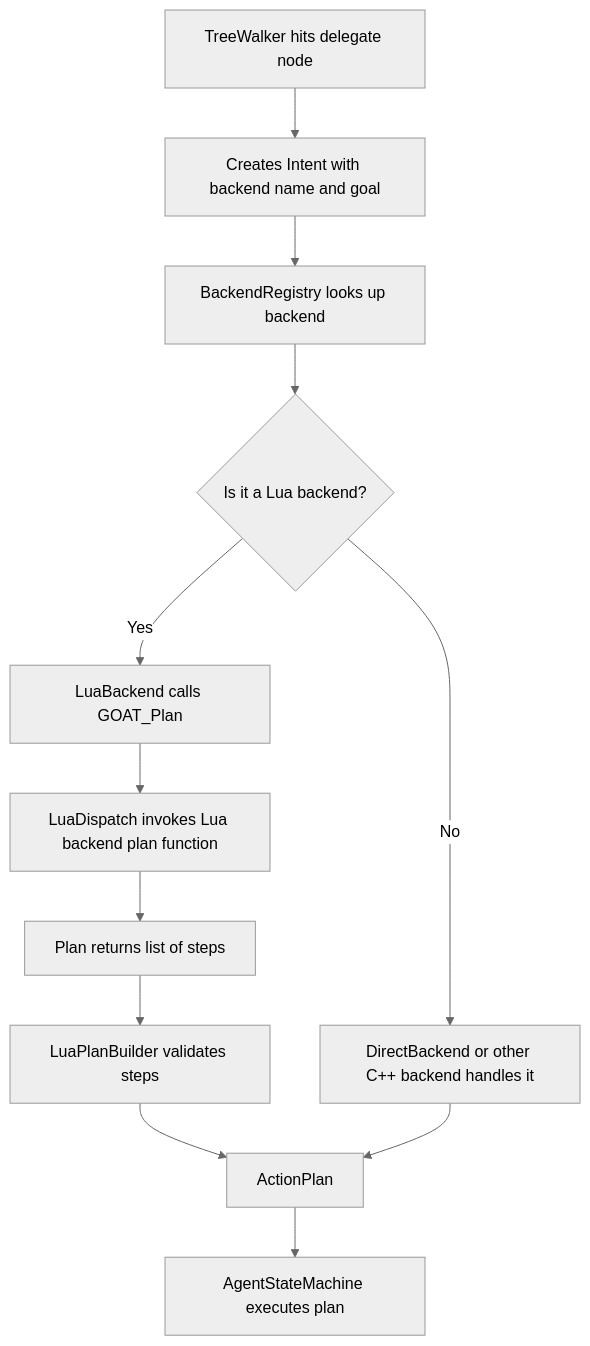
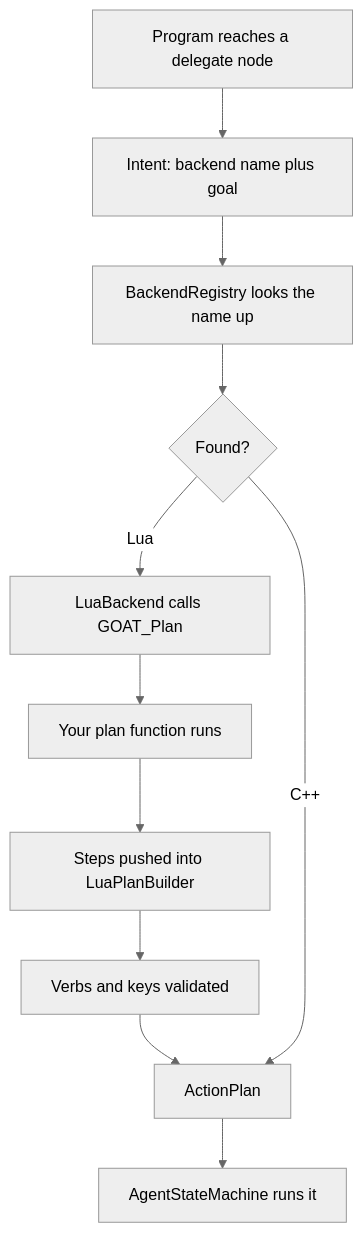
Before and after one commit to jabbadablack/G.O.A.T: the diagram in Docs/03 - Lua API/Backends.md, drawn with Mermaid (neutral theme). The commit also changed other lines of this file and 1 other file, not shown here.

````diff
--- a/Docs/03 - Lua API/Backends.md
+++ b/Docs/03 - Lua API/Backends.md
@@ -100,14 +127,13 @@
 ```mermaid
 flowchart TD
-    A[TreeWalker hits delegate node] --> B[Creates Intent with backend name and goal]
-    B --> C[BackendRegistry looks up backend]
-    C --> D{Is it a Lua backend?}
-    D -->|Yes| E[LuaBackend calls GOAT_Plan]
-    E --> F[LuaDispatch invokes Lua backend plan function]
-    F --> G[Plan returns list of steps]
-    G --> H[LuaPlanBuilder validates steps]
+    A[Program reaches a delegate node] --> B[Intent: backend name plus goal]
+    B --> C[BackendRegistry looks the name up]
+    C --> D{Found?}
+    D -->|Lua| E[LuaBackend calls GOAT_Plan]
+    E --> F[Your plan function runs]
+    F --> G[Steps pushed into LuaPlanBuilder]
+    G --> H[Verbs and keys validated]
     H --> I[ActionPlan]
-    I --> J[AgentStateMachine executes plan]
-    D -->|No| K[DirectBackend or other C++ backend handles it]
-    K --> I
+    D -->|C++| I
+    I --> J[AgentStateMachine runs it]
 ```
````
